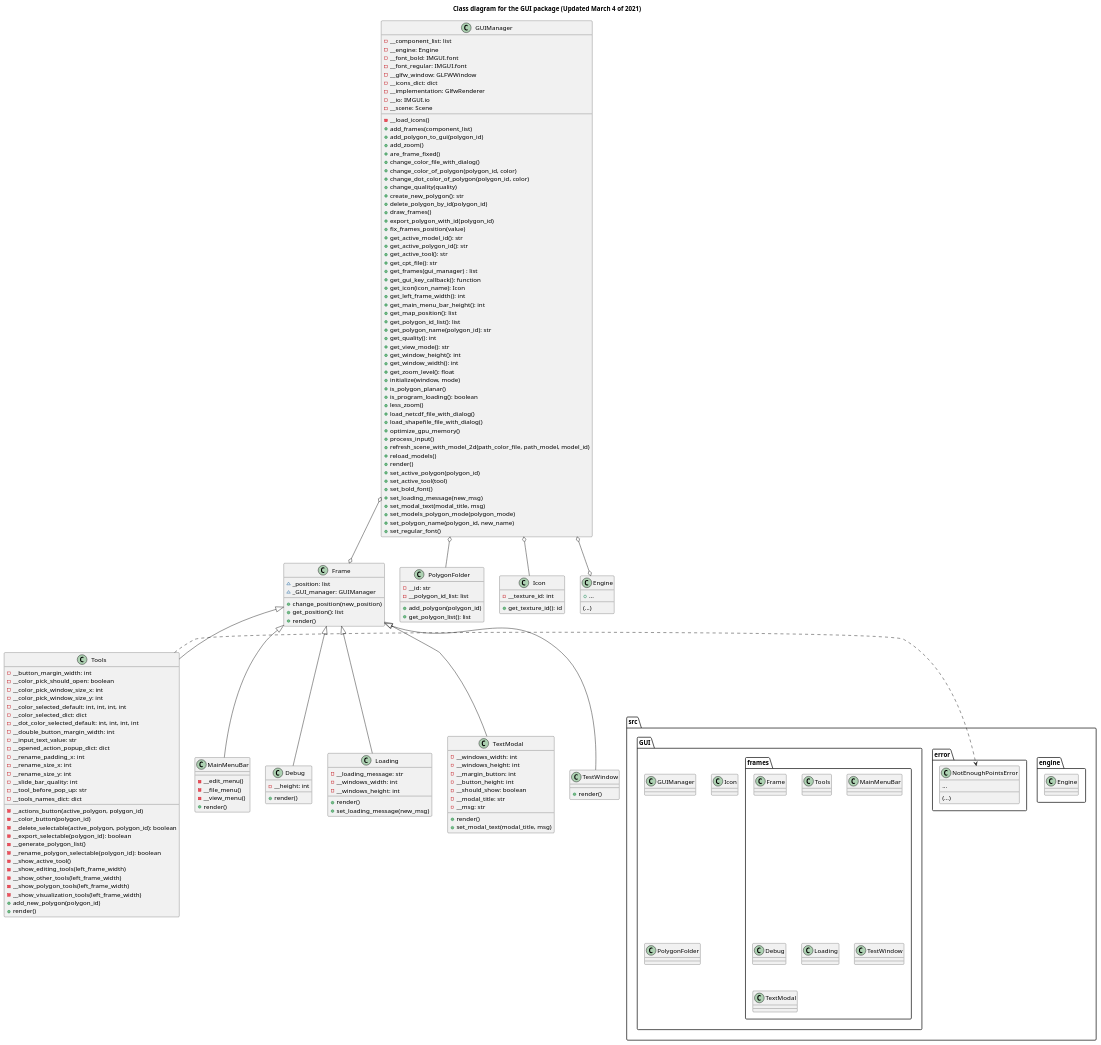
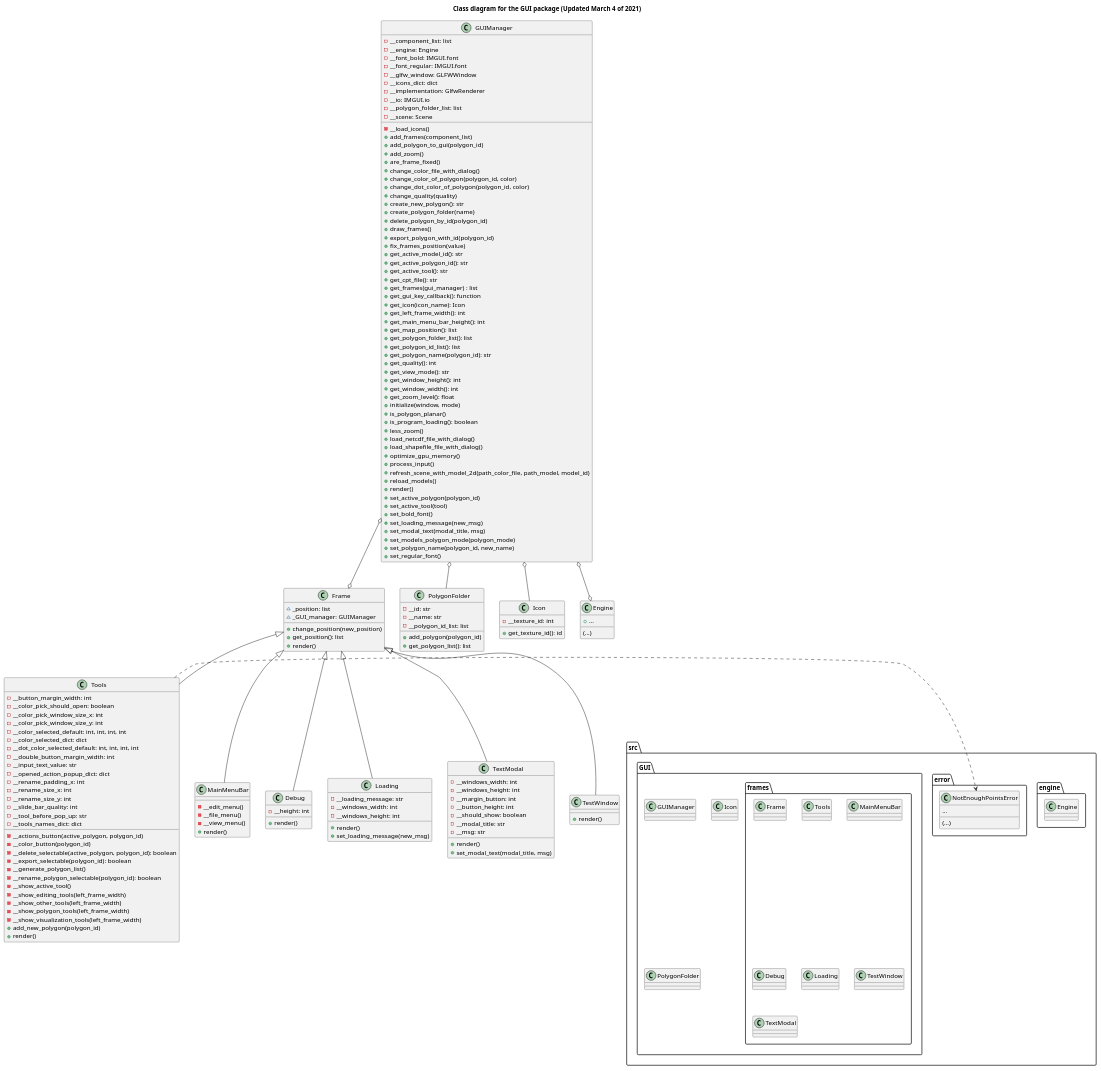
The diagram in docs/gui_package.puml (ferpoble2/Relief_Creator), drawn with PlantUML before and after one commit. The commit also changed 2 other files, not shown here.

Commit message:
Added get_polygon_folder_list and create_polygon_folder to the GuiManager, also added a list of folder to the Guimanager

```diff
--- a/docs/gui_package.puml
+++ b/docs/gui_package.puml
@@ -35,6 +35,7 @@
 
 class PolygonFolder {
     - __id: str
+    - __name: str
     - __polygon_id_list: list
 
     + add_polygon(polygon_id)
@@ -50,6 +51,7 @@
     - __icons_dict: dict
     - __implementation: GlfwRenderer
     - __io: IMGUI.io
+    - __polygon_folder_list: list
     - __scene: Scene
 
     - __load_icons()
@@ -62,6 +64,7 @@
     + change_dot_color_of_polygon(polygon_id, color)
     + change_quality(quality)
     + create_new_polygon(): str
+    + create_polygon_folder(name)
     + delete_polygon_by_id(polygon_id)
     + draw_frames()
     + export_polygon_with_id(polygon_id)
@@ -76,6 +79,7 @@
     + get_left_frame_width(): int
     + get_main_menu_bar_height(): int
     + get_map_position(): list
+    + get_polygon_folder_list(): list
     + get_polygon_id_list(): list
     + get_polygon_name(polygon_id): str
     + get_quality(): int
```
